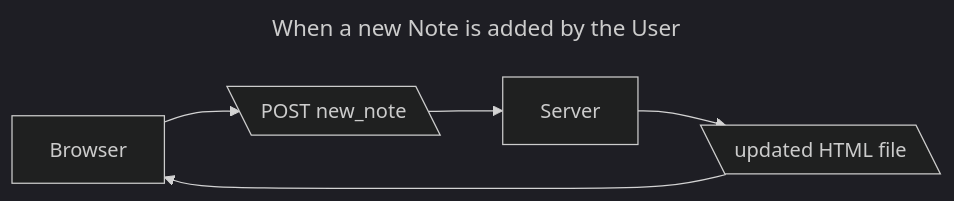
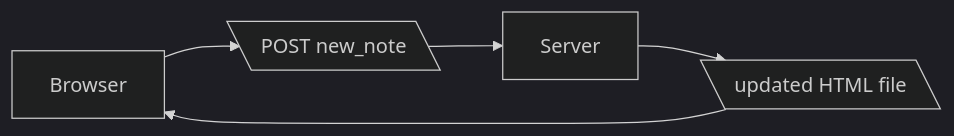
One commit to VishalProgammer/full-stack-open-Course-2024 changed the fifth of 5 diagrams in Part 0/New note diagram.md. Above: the diagram before and after it, drawn with Mermaid (dark theme). The commit also changed other lines of this file, not shown here.

Commit message:
Update New note diagram.md

````diff
--- a/Part 0/New note diagram.md
+++ b/Part 0/New note diagram.md
@@ -60,13 +60,13 @@
 ```mermaid
 ---
-title: When a new Note is added by the User
+When a new Note is added by the User
 ---
 flowchart LR
   id1[Browser]
   cmd1[\POST new_note\]
   cmd2[\updated HTML file\]
   id2[Server]
   id1-->cmd1-->id2
   id2-->cmd2-->id1
 
 ```
````
